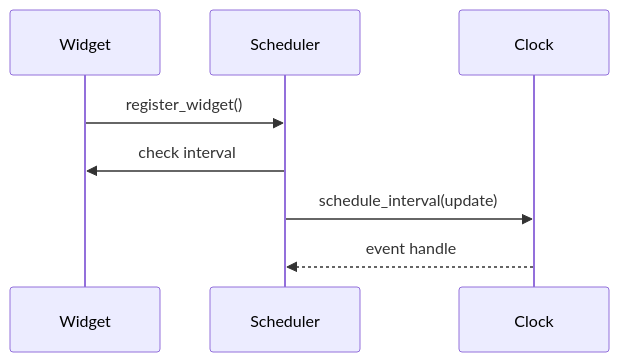
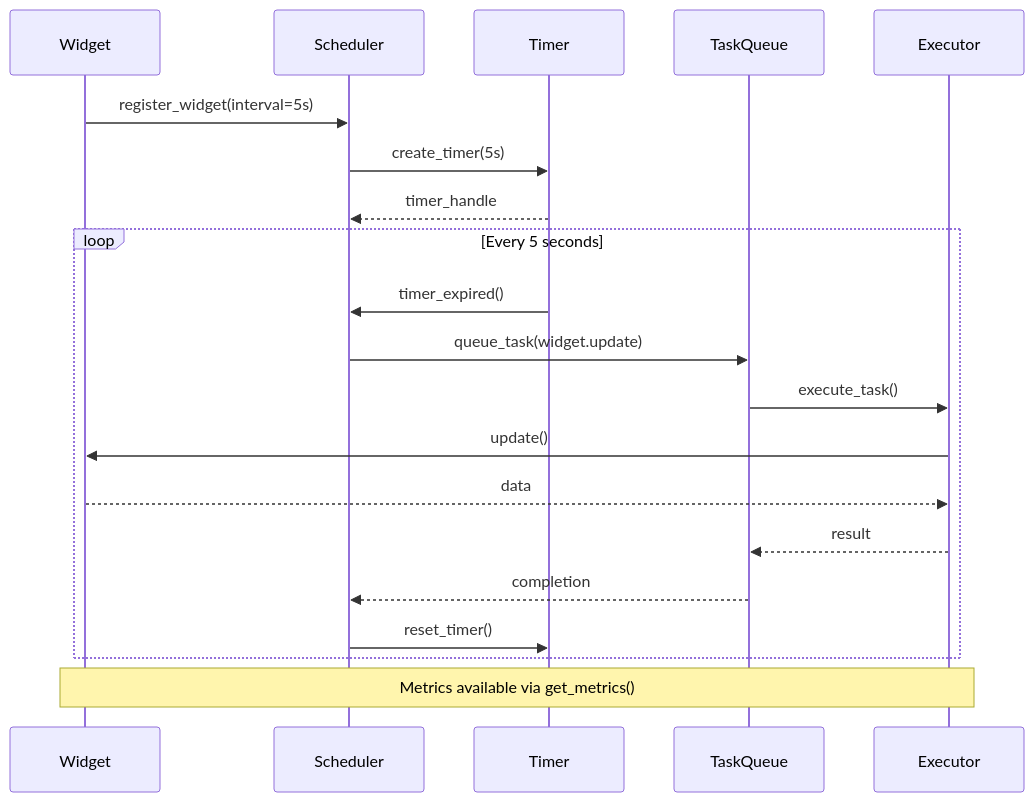
Before and after one commit to Trashytalk/piwardrive: the seventh of 8 diagrams in README.md, drawn with Mermaid. The commit also changed other lines of this file and 151 other files, not shown here.

````diff
--- a/README.md
+++ b/README.md
@@ -103,11 +361,25 @@
 ```mermaid
 sequenceDiagram
     participant Widget
     participant Scheduler
-    participant Clock
+    participant Timer
+    participant TaskQueue
+    participant Executor
 
-    Widget->>Scheduler: register_widget()
-    Scheduler->>Widget: check interval
-    Scheduler->>Clock: schedule_interval(update)
-    Clock-->>Scheduler: event handle
+    Widget->>Scheduler: register_widget(interval=5s)
+    Scheduler->>Timer: create_timer(5s)
+    Timer-->>Scheduler: timer_handle
+    
+    loop Every 5 seconds
+        Timer->>Scheduler: timer_expired()
+        Scheduler->>TaskQueue: queue_task(widget.update)
+        TaskQueue->>Executor: execute_task()
+        Executor->>Widget: update()
+        Widget-->>Executor: data
+        Executor-->>TaskQueue: result
+        TaskQueue-->>Scheduler: completion
+        Scheduler->>Timer: reset_timer()
+    end
+    
+    Note over Widget,Executor: Metrics available via get_metrics()
 ```
````
